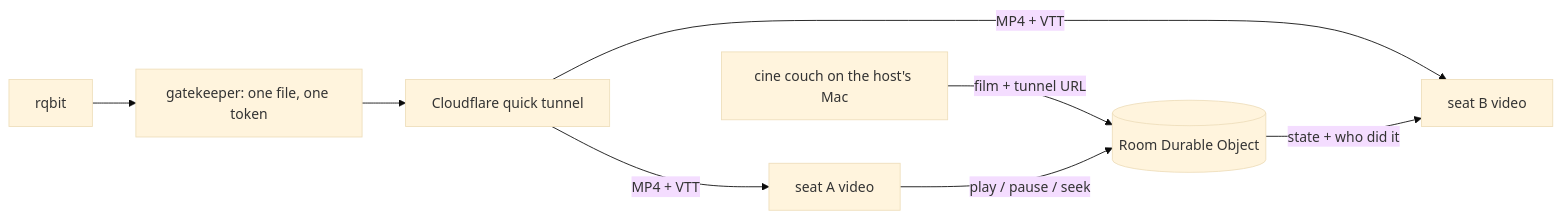
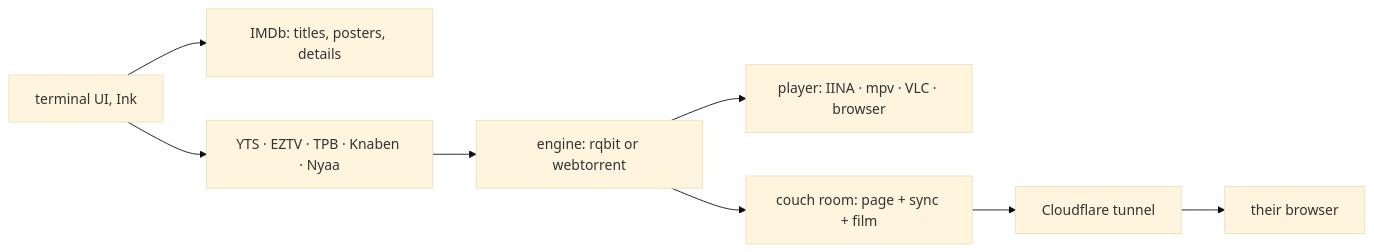
Before and after one commit to nitrimandylis/flick: the diagram in README.md, drawn with Mermaid (base theme). The commit also changed other lines of this file and 5 other files, not shown here.

````diff
--- a/README.md
+++ b/README.md
@@ -59,9 +75,9 @@
 ```mermaid
 flowchart LR
-    C[cine couch on the host's Mac] -- film + tunnel URL --> DO[(Room Durable Object)]
-    R[rqbit] --> G[gatekeeper: one file, one token] --> T[Cloudflare quick tunnel]
-    T -- MP4 + VTT --> A[seat A video]
-    T -- MP4 + VTT --> B[seat B video]
-    A -- play / pause / seek --> DO
-    DO -- state + who did it --> B
+    T[terminal UI, Ink] --> I[IMDb: titles, posters, details]
+    T --> S[YTS · EZTV · TPB · Knaben · Nyaa]
+    S --> E[engine: rqbit or webtorrent]
+    E --> P[player: IINA · mpv · VLC · browser]
+    E --> R[couch room: page + sync + film]
+    R --> C[Cloudflare tunnel] --> B[their browser]
 ```
````
